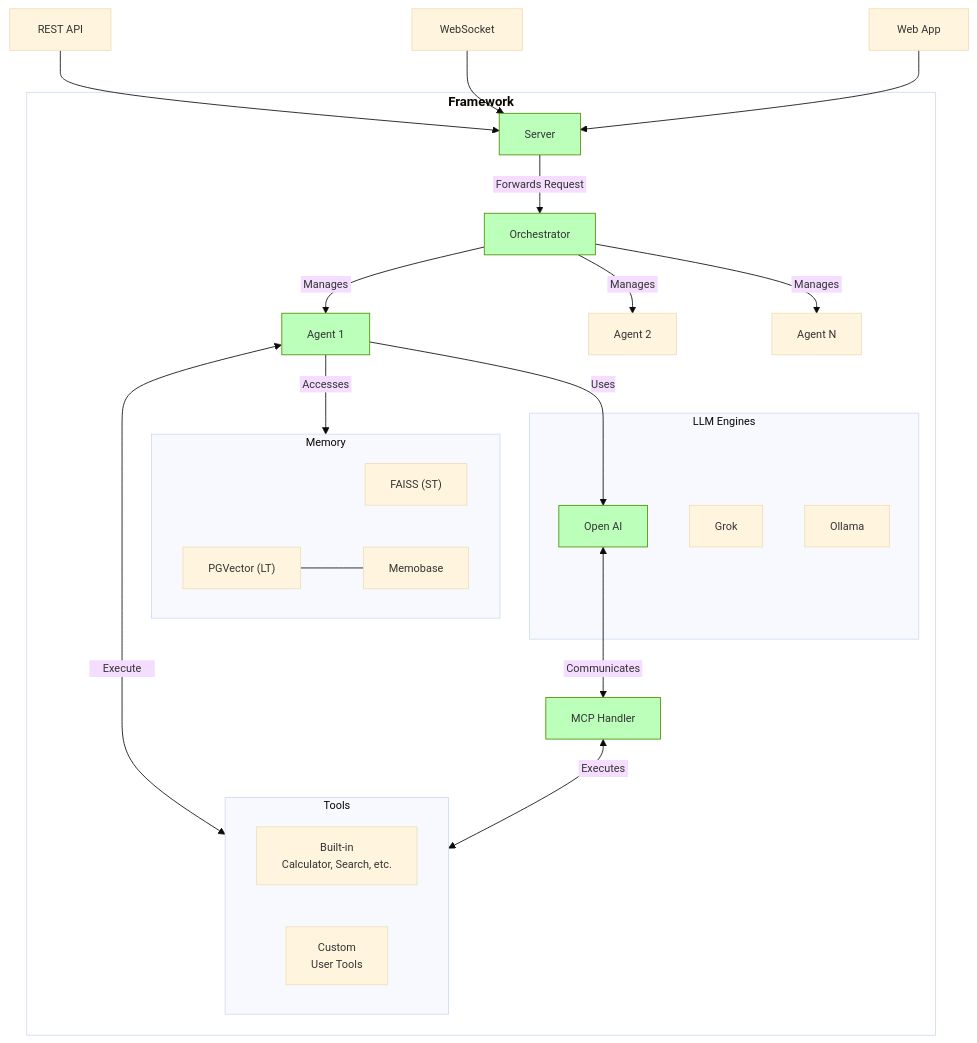
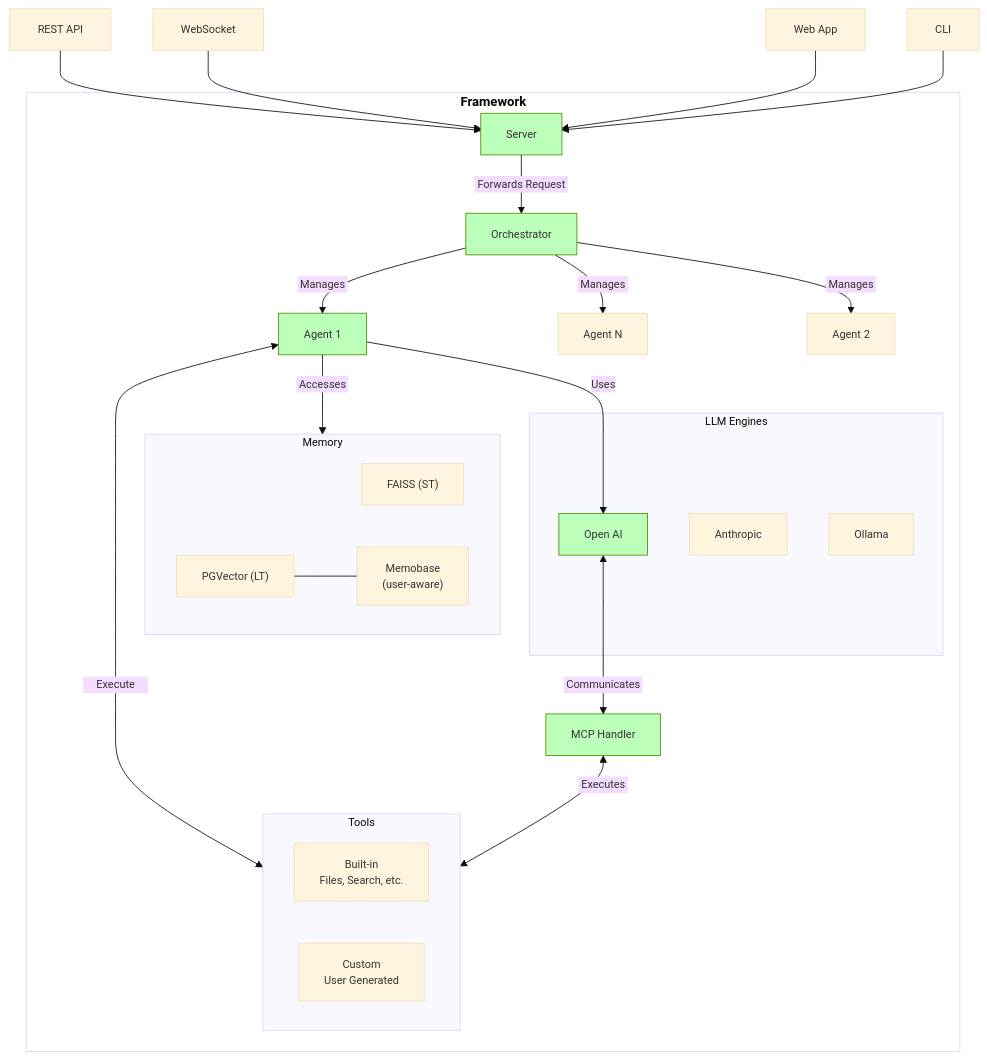
The diagram in docs/architecture.md (ranaroussi/muxi), drawn with Mermaid before and after one commit.

Commit message:
feat: update architecture documentation with improved font settings and enhanced flowchart labels

````diff
--- a/docs/architecture.md
+++ b/docs/architecture.md
@@ -3,56 +3,57 @@
 ```mermaid
 ---
 config:
   theme: base
   themeVariables:
-    fontFamily: ''
+    fontFamily: 'Arial'
     fontSize: 13px
   flowchart:
     defaultRenderer: elk
   layout: fixed
 ---
 flowchart TB
     subgraph MS["Memory"]
-        Buffer["FAISS (ST)"]
-        PGSQL["PGVector (LT)"]
-        MBASE["Memobase"]
+        Buffer["FAISS&nbsp;(ST)"]
+        PGSQL["PGVector&nbsp;(LT)"]
+        MBASE["Memobase<br>(user-aware)"]
     end
     subgraph LE["LLM Engines"]
         LLM["Open AI"]
-        Grok["Grok"]
+        Grok["Anthropic"]
         Ollama["Ollama"]
     end
     subgraph Tools["Tools"]
-        BuiltIn["Built-in<br>Calculator, Search, etc."]
-        Custom["Custom<br>User Tools"]
+        BuiltIn["Built-in<br>Files,&nbsp;Search,&nbsp;etc."]
+        Custom["Custom<br>User&nbsp;Generated"]
     end
     subgraph AIA["<b><big>Framework</big></b>"]
         Server["Server"]
         Orchestrator["Orchestrator"]
-        Agent["Agent 1"]
-        Agent2["Agent 2"]
-        AgentN["Agent N"]
+        Agent["Agent&nbsp;1"]
+        Agent2["Agent&nbsp;N"]
+        AgentN["Agent&nbsp;2"]
         MCP["MCP Handler"]
         MS
         LE
         Tools
     end
     REST["&nbsp;REST API&nbsp;"] --> Server
     WS["&nbsp;WebSocket&nbsp;"] --> Server
     APP["&nbsp;Web App&nbsp;"] --> Server
+    CLI["&nbsp;CLI&nbsp;"] --> Server
     Server -- &nbsp;Forwards Request&nbsp; --> Orchestrator
     Orchestrator -- &nbsp;Manages&nbsp; --> Agent & Agent2 & AgentN
     Agent -- Uses --> LLM
     Agent <-- &nbsp; &nbsp; &nbsp;Execute&nbsp; &nbsp; &nbsp; --> Tools
     Agent -- &nbsp;Accesses&nbsp; --> MS
     LLM <-- &nbsp;Communicates&nbsp; --> MCP
     MCP <-- &nbsp;Executes&nbsp; --> Tools
     PGSQL --- MBASE
 
     style LLM fill:#bfb,stroke:#4f8f00
     style Server fill:#bfb,stroke:#4f8f00
     style Orchestrator fill:#bfb,stroke:#4f8f00
     style Agent fill:#bfb,stroke:#4f8f00
     style MCP fill:#bfb,stroke:#4f8f00
     style AIA fill:#fff
 ```
````
